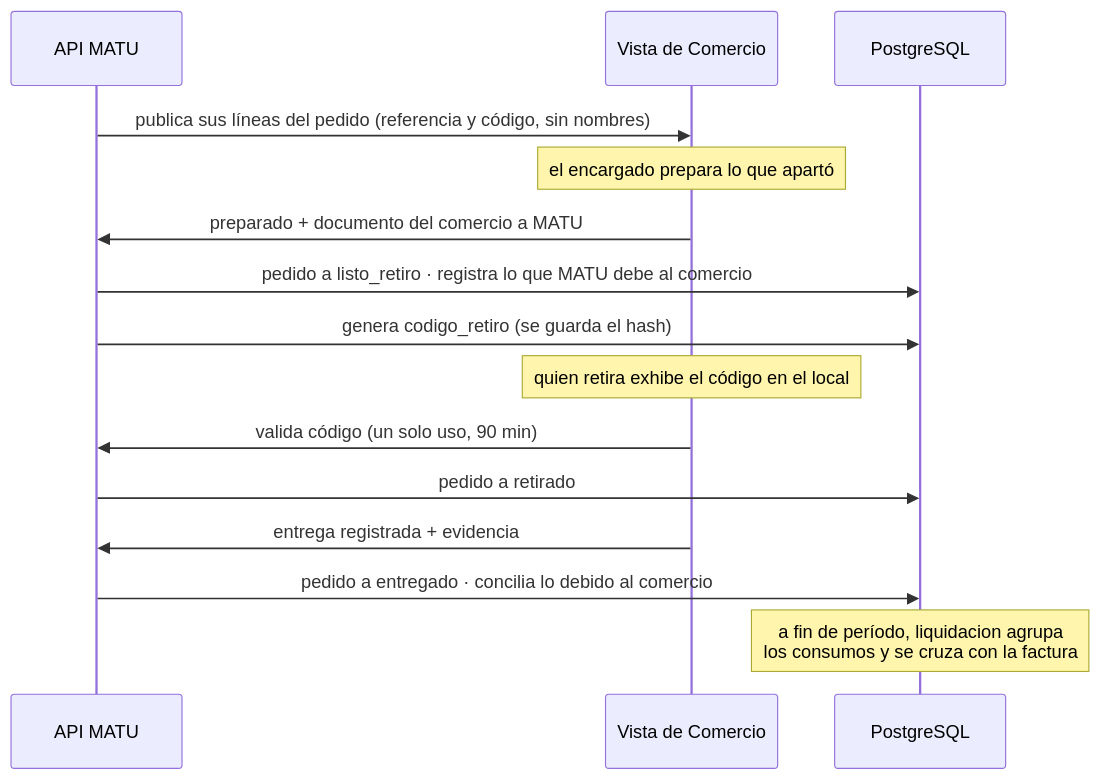
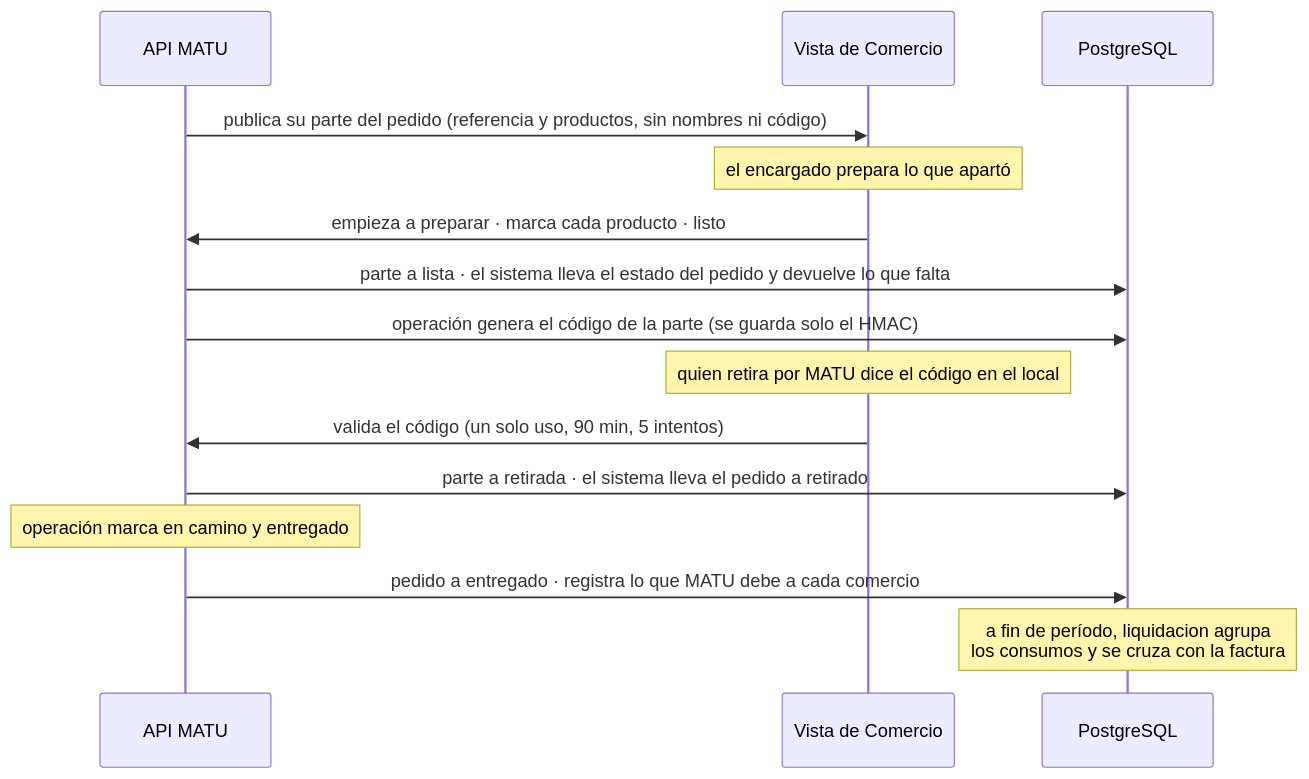
Before and after one commit to MartinHenriquez131/MATU: the ninth of 11 diagrams in docs/arquitectura.md, drawn with Mermaid. The commit also changed other lines of this file, not shown here.

Commit message:
MATU-63: arquitectura, el comercio valida el código, un código por parte, estados de la parte, apartado, entrega por operación y retracto

````diff
--- a/docs/arquitectura.md
+++ b/docs/arquitectura.md
@@ -1013,18 +1022,18 @@
 ```mermaid
 sequenceDiagram
     participant API as API MATU
     participant VC as Vista de Comercio
     participant DB as PostgreSQL
 
-    API->>VC: publica sus líneas del pedido (referencia y código, sin nombres)
+    API->>VC: publica su parte del pedido (referencia y productos, sin nombres ni código)
     Note over VC: el encargado prepara lo que apartó
-    VC->>API: preparado + documento del comercio a MATU
-    API->>DB: pedido a listo_retiro · registra lo que MATU debe al comercio
-    API->>DB: genera codigo_retiro (se guarda el hash)
-    Note over VC: quien retira exhibe el código en el local
-    VC->>API: valida código (un solo uso, 90 min)
-    API->>DB: pedido a retirado
-    VC->>API: entrega registrada + evidencia
-    API->>DB: pedido a entregado · concilia lo debido al comercio
+    VC->>API: empieza a preparar · marca cada producto · listo
+    API->>DB: parte a lista · el sistema lleva el estado del pedido y devuelve lo que falta
+    API->>DB: operación genera el código de la parte (se guarda solo el HMAC)
+    Note over VC: quien retira por MATU dice el código en el local
+    VC->>API: valida el código (un solo uso, 90 min, 5 intentos)
+    API->>DB: parte a retirada · el sistema lleva el pedido a retirado
+    Note over API: operación marca en camino y entregado
+    API->>DB: pedido a entregado · registra lo que MATU debe a cada comercio
     Note over DB: a fin de período, liquidacion agrupa<br/>los consumos y se cruza con la factura
 ```
````
